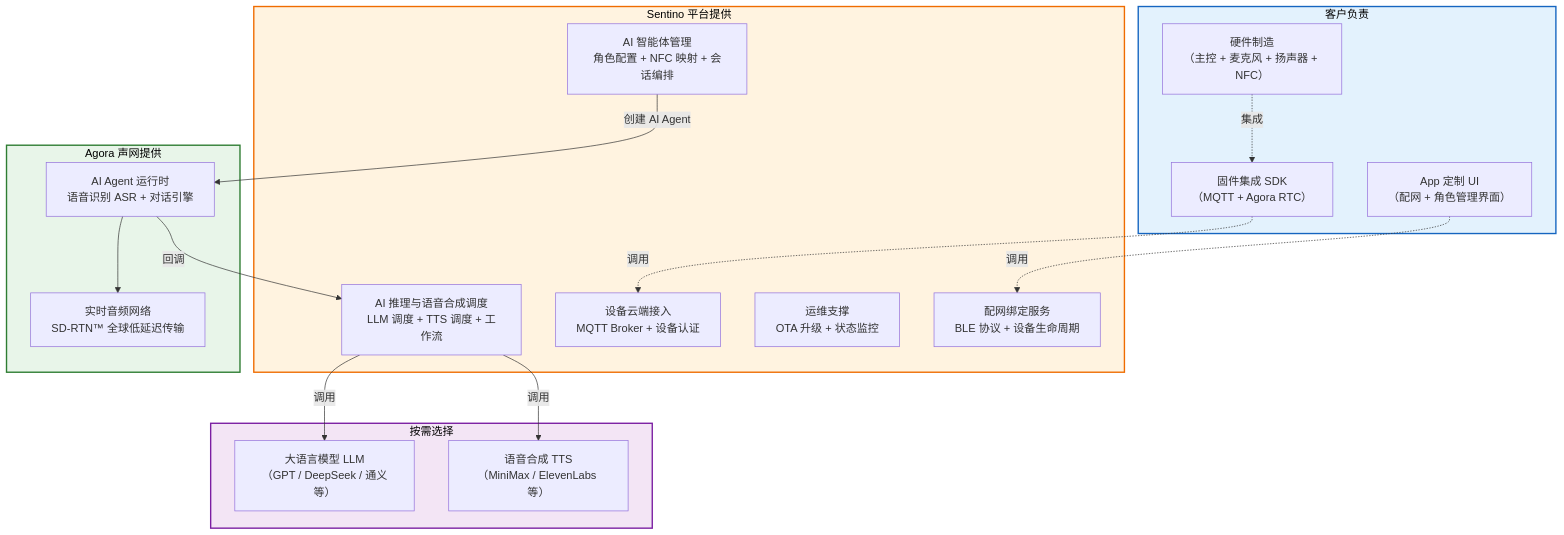
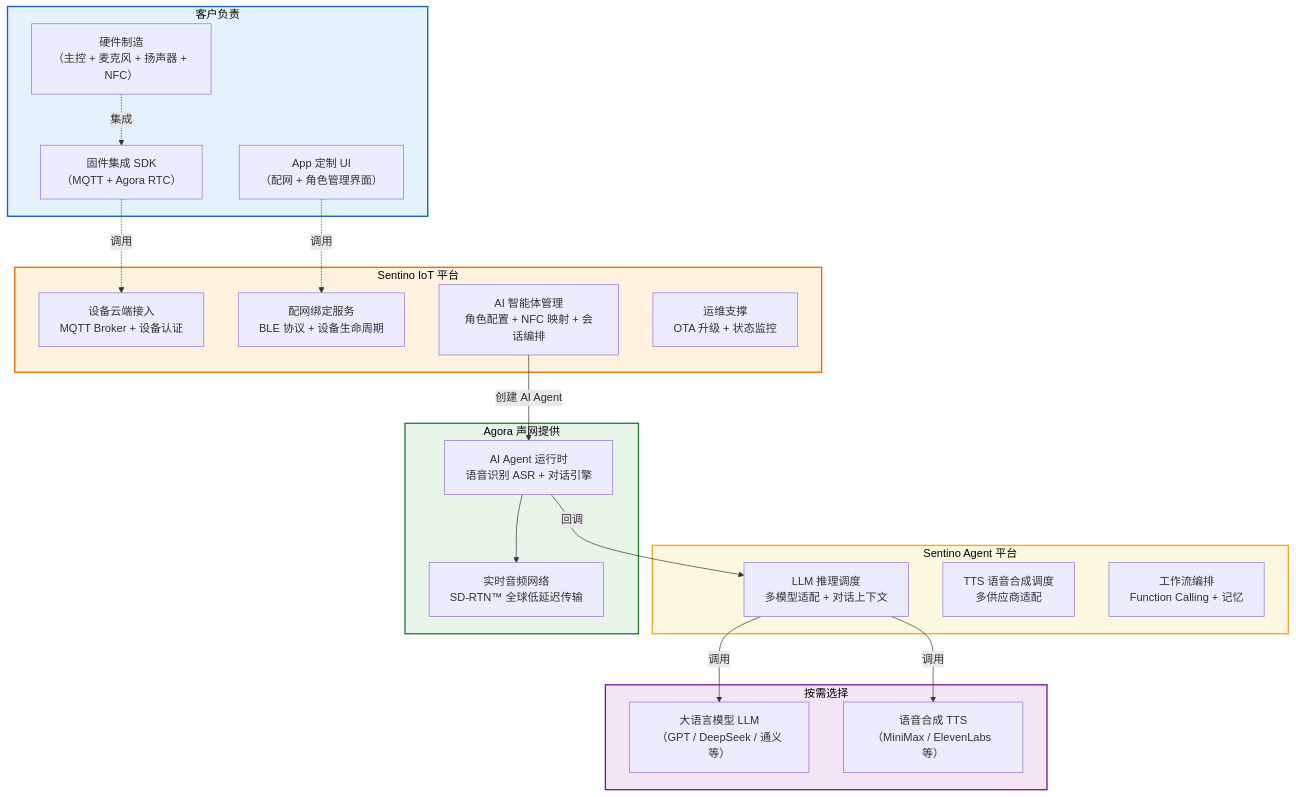
One commit to sentino-jp/iot-docs changed the first of 3 diagrams in architecture-overview.md. Above: the diagram before and after it, drawn with Mermaid. The commit also changed other lines of this file and 2 other files, not shown here.

Commit message:
docs: clearly separate Sentino IoT 平台 and Sentino Agent 平台
- Split value layer diagram into two distinct Sentino blocks:
  IoT 平台 (device mgmt, MQTT, provisioning, OTA) and
  Agent 平台 (LLM/TTS orchestration, workflow)
- Rename all "Sentino 云平台" references to "Sentino IoT 平台"
- Clean up subgraph labels and remove redundant "后端" suffix

````diff
--- a/architecture-overview.md
+++ b/architecture-overview.md
@@ -22,40 +22,46 @@
 ```mermaid
 graph TB
     subgraph Customer["客户负责"]
         C1["硬件制造<br/>（主控 + 麦克风 + 扬声器 + NFC）"]
         C2["固件集成 SDK<br/>（MQTT + Agora RTC）"]
         C3["App 定制 UI<br/>（配网 + 角色管理界面）"]
     end
 
-    subgraph Sentino["Sentino 平台提供"]
+    subgraph SentinoIoT["Sentino IoT 平台"]
         S1["设备云端接入<br/>MQTT Broker + 设备认证"]
         S2["配网绑定服务<br/>BLE 协议 + 设备生命周期"]
         S3["AI 智能体管理<br/>角色配置 + NFC 映射 + 会话编排"]
         S4["运维支撑<br/>OTA 升级 + 状态监控"]
-        S5["AI 推理与语音合成调度<br/>LLM 调度 + TTS 调度 + 工作流"]
+    end
+
+    subgraph SentinoAgent["Sentino Agent 平台"]
+        S5["LLM 推理调度<br/>多模型适配 + 对话上下文"]
+        S6["TTS 语音合成调度<br/>多供应商适配"]
+        S7["工作流编排<br/>Function Calling + 记忆"]
     end
 
     subgraph Agora["Agora 声网提供"]
         A1["实时音频网络<br/>SD-RTN™ 全球低延迟传输"]
         A2["AI Agent 运行时<br/>语音识别 ASR + 对话引擎"]
     end
 
     subgraph External["按需选择"]
         E1["大语言模型 LLM<br/>（GPT / DeepSeek / 通义等）"]
         E2["语音合成 TTS<br/>（MiniMax / ElevenLabs 等）"]
     end
 
     C1 -.->|"集成"| C2
     C2 -.->|"调用"| S1
     C3 -.->|"调用"| S2
     S3 -->|"创建 AI Agent"| A2
     A2 --> A1
     A2 -->|"回调"| S5
     S5 -->|"调用"| E1
     S5 -->|"调用"| E2
 
     style Customer fill:#E3F2FD,stroke:#1565C0,stroke-width:2px,color:#000
-    style Sentino fill:#FFF3E0,stroke:#EF6C00,stroke-width:2px,color:#000
+    style SentinoIoT fill:#FFF3E0,stroke:#EF6C00,stroke-width:2px,color:#000
+    style SentinoAgent fill:#FFF8E1,stroke:#F9A825,stroke-width:2px,color:#000
     style Agora fill:#E8F5E9,stroke:#2E7D32,stroke-width:2px,color:#000
     style External fill:#F3E5F5,stroke:#7B1FA2,stroke-width:2px,color:#000
 ```
````
